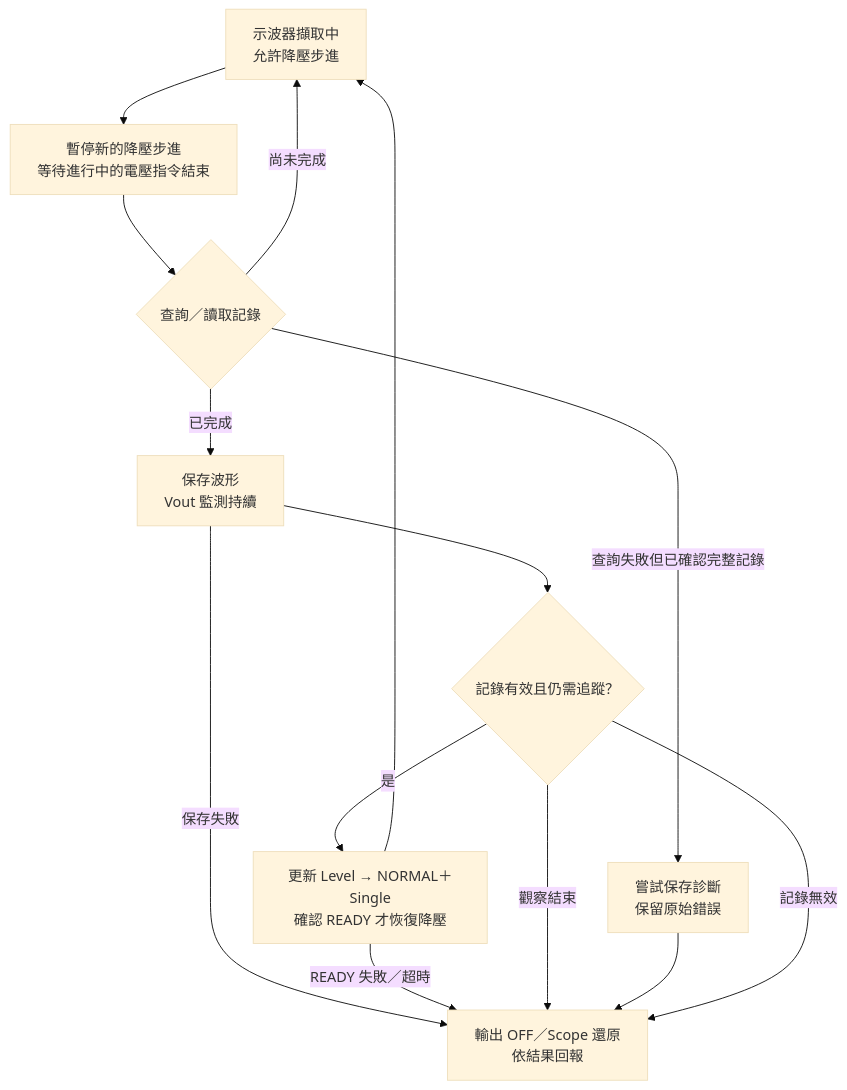
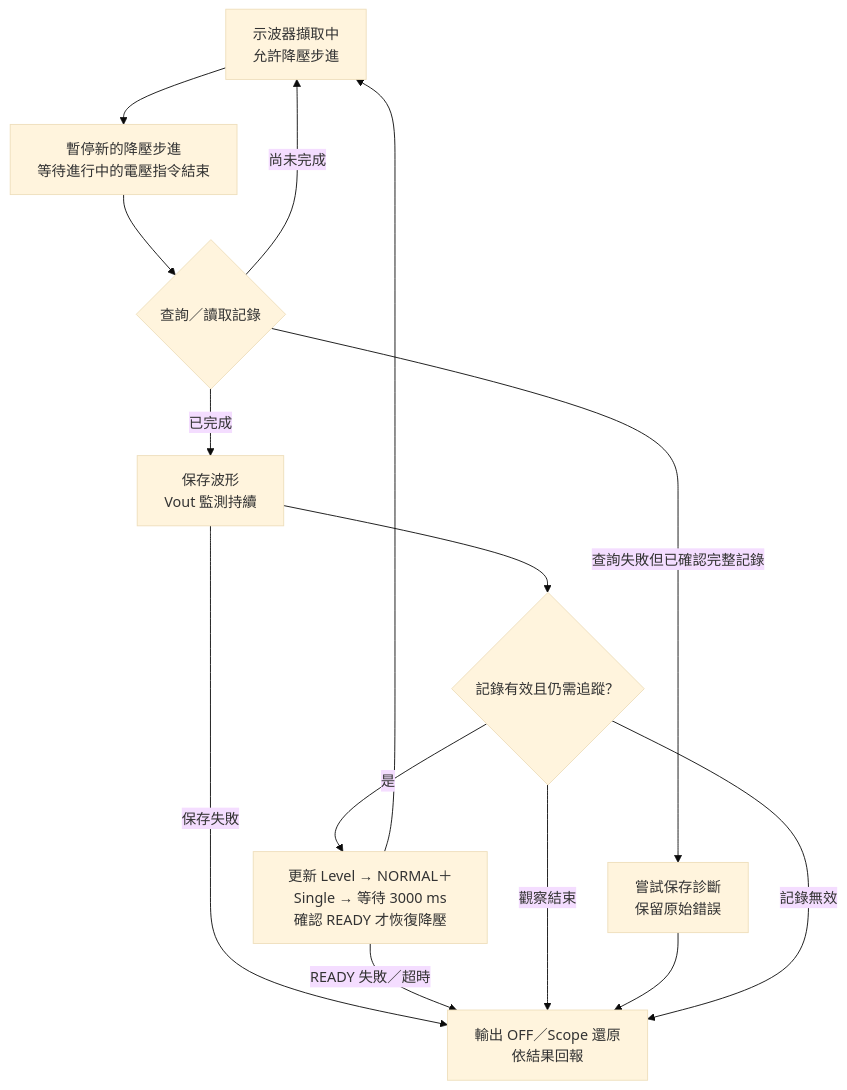
The sixth of 6 diagrams in MEASUREMENT_STRATEGIES.md (Jaxon-Su/ElectronicATE), drawn with Mermaid (base theme) before and after one commit. The commit also changed other lines of this file and 89 other files, not shown here.

````diff
--- a/MEASUREMENT_STRATEGIES.md
+++ b/MEASUREMENT_STRATEGIES.md
@@ -221,16 +241,16 @@
 ```mermaid
 flowchart TD
     A["示波器擷取中<br/>允許降壓步進"] --> B["暫停新的降壓步進<br/>等待進行中的電壓指令結束"]
     B --> C{"查詢／讀取記錄"}
     C -->|"尚未完成"| A
     C -->|"已完成"| D["保存波形<br/>Vout 監測持續"]
     D --> E{"記錄有效且仍需追蹤？"}
     D -->|"保存失敗"| G
-    E -->|"是"| F["更新 Level → NORMAL＋Single<br/>確認 READY 才恢復降壓"]
+    E -->|"是"| F["更新 Level → NORMAL＋Single → 等待 3000 ms<br/>確認 READY 才恢復降壓"]
     F --> A
     F -->|"READY 失敗／超時"| G
     E -->|"觀察結束"| G["輸出 OFF／Scope 還原<br/>依結果回報"]
     C -->|"查詢失敗但已確認完整記錄"| H["嘗試保存診斷<br/>保留原始錯誤"]
     H --> G
     E -->|"記錄無效"| G
 ```
````
